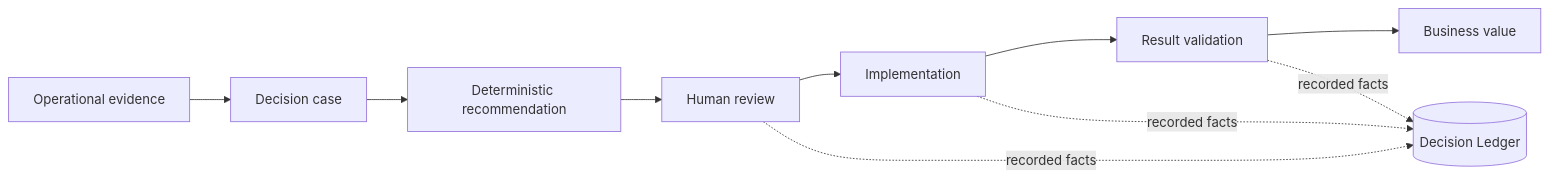
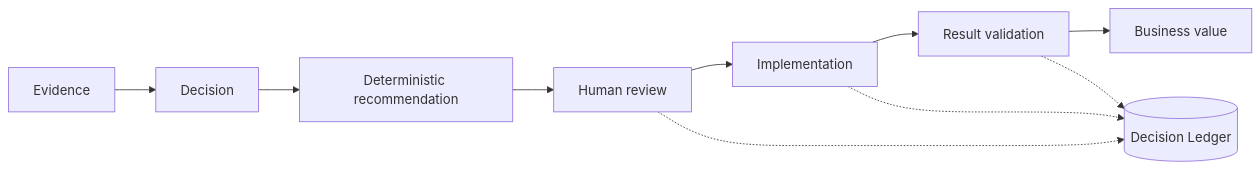
One commit to Dmillan-dev/ImperatorProyect changed the diagram in README.md. Above: the diagram before and after it, drawn with Mermaid. The commit also changed other lines of this file and 60 other files, not shown here.

````diff
--- a/README.md
+++ b/README.md
@@ -27,12 +27,12 @@
 ```mermaid
 flowchart LR
-    E[Operational evidence] --> D[Decision case]
+    E[Evidence] --> D[Decision]
     D --> R[Deterministic recommendation]
     R --> H[Human review]
     H --> I[Implementation]
     I --> V[Result validation]
     V --> B[Business value]
-    H -. recorded facts .-> L[(Decision Ledger)]
-    I -. recorded facts .-> L
-    V -. recorded facts .-> L
+    H -.-> L[(Decision Ledger)]
+    I -.-> L
+    V -.-> L
 ```
````
